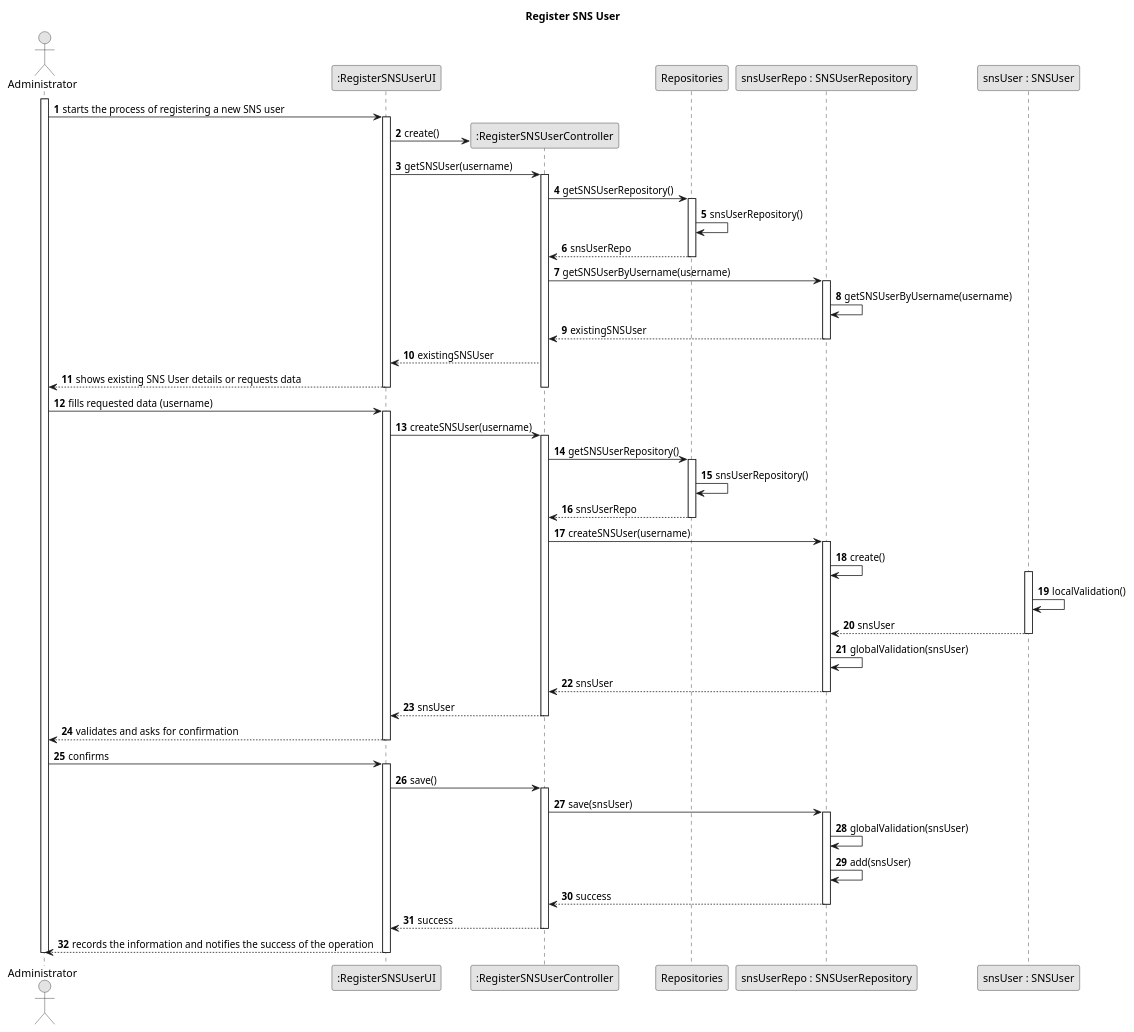
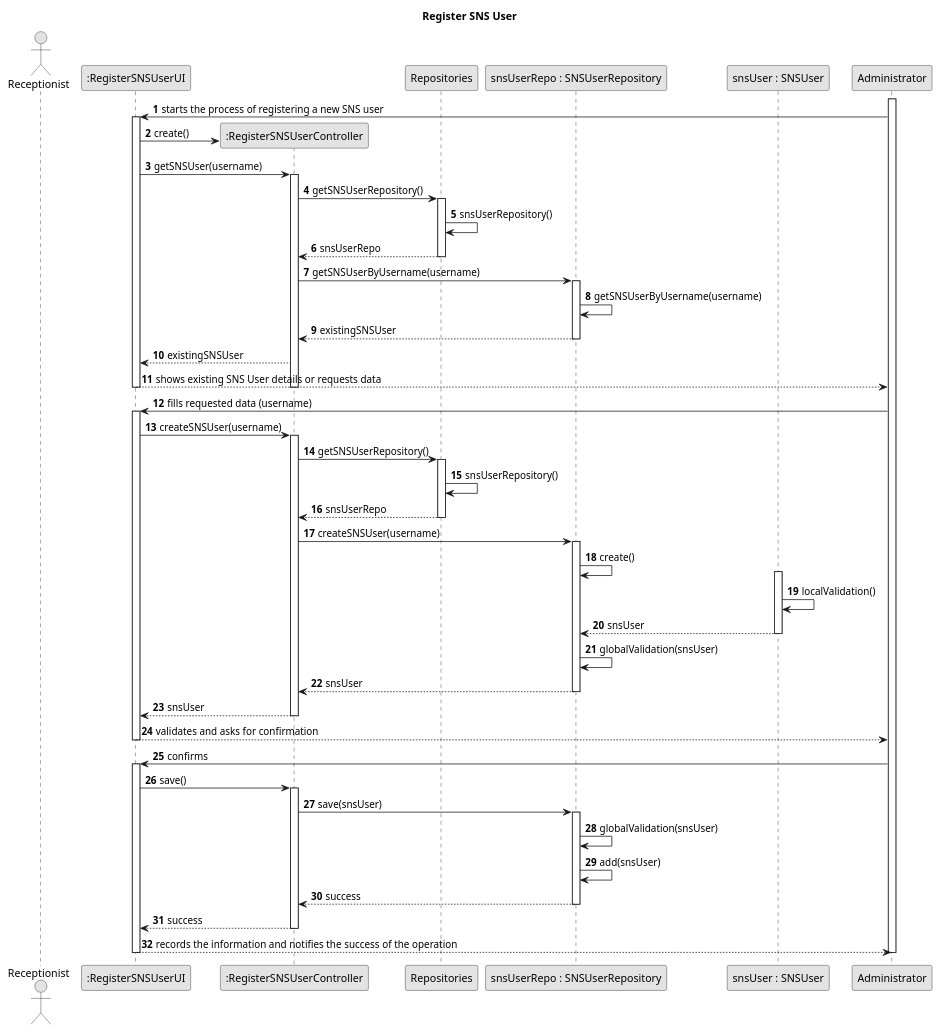
The diagram in sns-base/doc/global/use-cases/UC020/uc020-sd.puml (rafaafig/SnsTrab), drawn with PlantUML before and after one commit.

Commit message:
Updated UCD's 20

```diff
--- a/sns-base/doc/global/use-cases/UC020/uc020-sd.puml
+++ b/sns-base/doc/global/use-cases/UC020/uc020-sd.puml
@@ -1,79 +1,79 @@
 @startuml
 skinparam monochrome true
 skinparam packageStyle rectangle
 skinparam shadowing false
 
 title Register SNS User
 
 autonumber
 
-actor Administrator
+actor Receptionist
 participant ":RegisterSNSUserUI" as ui
 participant ":RegisterSNSUserController" as ctrl
 participant Repositories
 participant "snsUserRepo : SNSUserRepository" as snsUserRepo
 participant "snsUser : SNSUser" as snsUser
 
 activate Administrator
 
     Administrator -> ui : starts the process of registering a new SNS user
     activate ui
         ui -> ctrl** : create()
         ui -> ctrl : getSNSUser(username)
         activate ctrl
             ctrl -> Repositories : getSNSUserRepository()
             activate Repositories
                 Repositories -> Repositories : snsUserRepository()
                 Repositories-->ctrl : snsUserRepo
             deactivate Repositories
             ctrl -> snsUserRepo : getSNSUserByUsername(username)
             activate snsUserRepo
                 snsUserRepo -> snsUserRepo : getSNSUserByUsername(username)
                 snsUserRepo --> ctrl : existingSNSUser
             deactivate snsUserRepo
             ctrl --> ui : existingSNSUser
             ui --> Administrator : shows existing SNS User details or requests data
         deactivate ctrl
     deactivate ui
 
     Administrator -> ui : fills requested data (username)
     activate ui
         ui -> ctrl : createSNSUser(username)
         activate ctrl
             ctrl -> Repositories : getSNSUserRepository()
             activate Repositories
                 Repositories -> Repositories : snsUserRepository()
                 Repositories --> ctrl : snsUserRepo
             deactivate Repositories
             ctrl -> snsUserRepo : createSNSUser(username)
             activate snsUserRepo
                 snsUserRepo -> snsUserRepo : create()
                 activate snsUser
                     snsUser -> snsUser : localValidation()
                     snsUser --> snsUserRepo : snsUser
                 deactivate snsUser
                 snsUserRepo -> snsUserRepo : globalValidation(snsUser)
                 snsUserRepo --> ctrl : snsUser
             deactivate snsUserRepo
             ctrl --> ui : snsUser
         deactivate ctrl
         ui --> Administrator : validates and asks for confirmation
     deactivate ui
 
     Administrator -> ui : confirms
     activate ui
         ui -> ctrl : save()
         activate ctrl
             ctrl -> snsUserRepo : save(snsUser)
             activate snsUserRepo
                 snsUserRepo -> snsUserRepo : globalValidation(snsUser)
                 snsUserRepo -> snsUserRepo : add(snsUser)
                 snsUserRepo --> ctrl : success
             deactivate snsUserRepo
             ctrl --> ui : success
         deactivate ctrl
         ui --> Administrator : records the information and notifies the success of the operation
     deactivate ui
 deactivate Administrator
 
 @enduml
```
